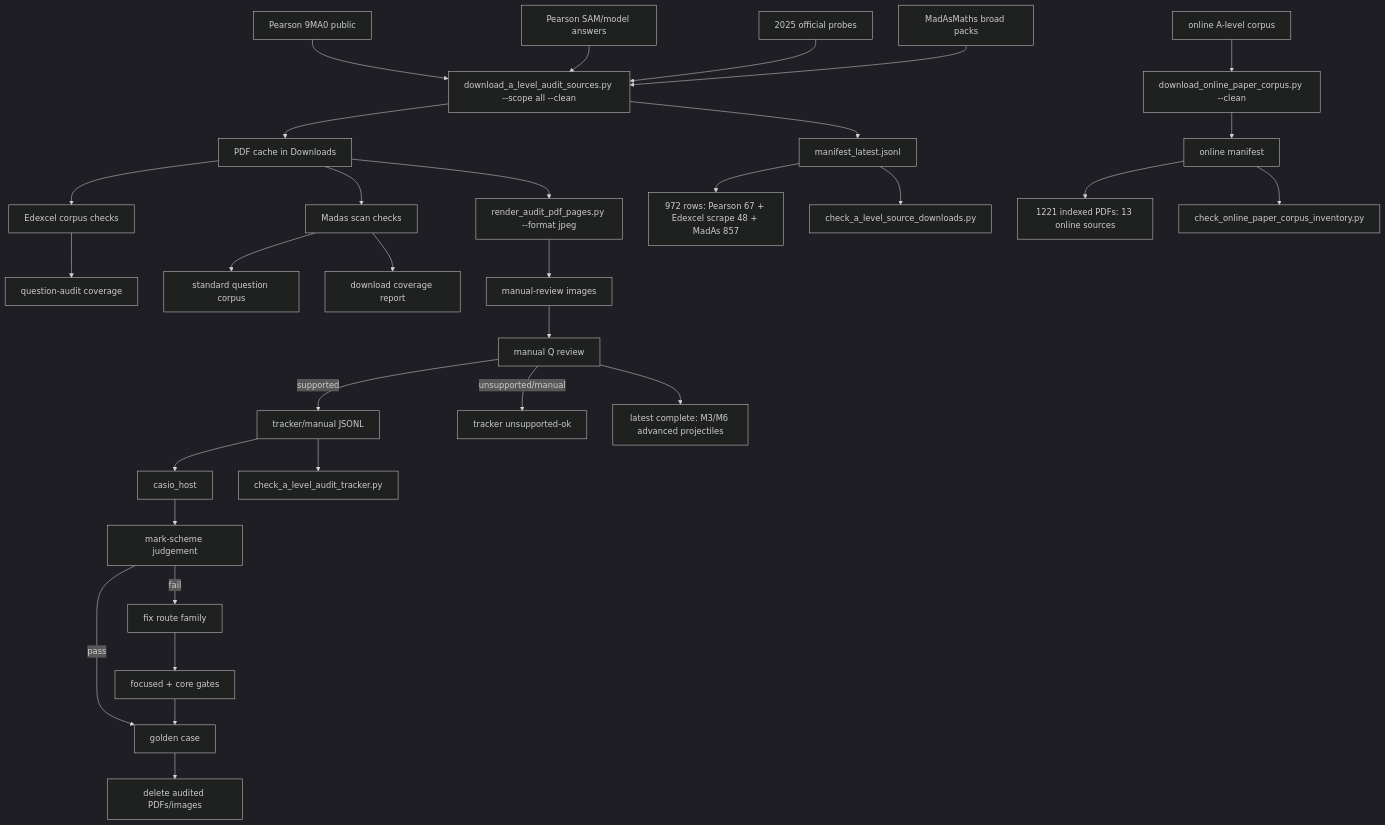
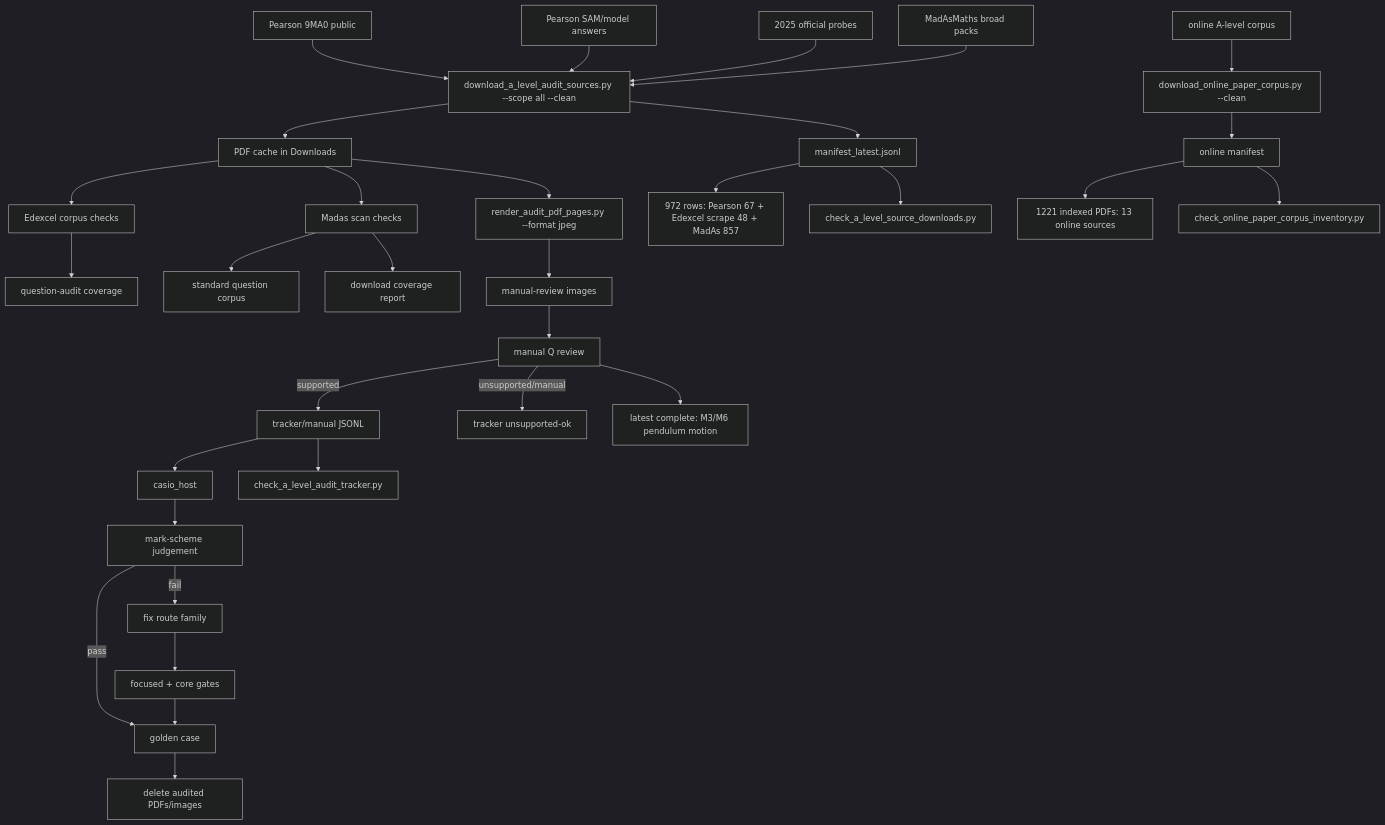
One commit to james8464/notes-addin-casio-fx-cg50 changed the diagram in c++/tools/golden/a_level_audit_graph.md. Above: the diagram before and after it, drawn with Mermaid (dark theme). The commit also changed other lines of this file and 2 other files, not shown here.

Commit message:
Audit M3 M6 pendulum motion booklet

````diff
--- a/c++/tools/golden/a_level_audit_graph.md
+++ b/c++/tools/golden/a_level_audit_graph.md
@@ -3,34 +3,34 @@
 ```mermaid
 graph TD
   E1["Pearson 9MA0 public"] --> D["download_a_level_audit_sources.py --scope all --clean"]
   E2["Pearson SAM/model answers"] --> D
   E3["2025 official probes"] --> D
   M1["MadAsMaths broad packs"] --> D
   O1["online A-level corpus"] --> OD["download_online_paper_corpus.py --clean"]
   D --> P["PDF cache in Downloads"]
   D --> X["manifest_latest.jsonl"]
   OD --> OX["online manifest"]
   X --> XC["972 rows: Pearson 67 + Edexcel scrape 48 + MadAs 857"]
   OX --> OC["1221 indexed PDFs: 13 online sources"]
   X --> V["check_a_level_source_downloads.py"]
   OX --> OV["check_online_paper_corpus_inventory.py"]
   P --> E["Edexcel corpus checks"]
   E --> EQ["question-audit coverage"]
   P --> S["Madas scan checks"]
   S --> M["standard question corpus"]
   S --> MC["download coverage report"]
   P --> R["render_audit_pdf_pages.py --format jpeg"]
   R --> I["manual-review images"]
   I --> Q["manual Q review"]
   Q -->|supported| J["tracker/manual JSONL"]
   Q -->|unsupported/manual| U["tracker unsupported-ok"]
   J --> H["casio_host"]
   J --> K["check_a_level_audit_tracker.py"]
   H --> C["mark-scheme judgement"]
   C -->|pass| G["golden case"]
   C -->|fail| F["fix route family"]
   F --> T["focused + core gates"]
   T --> G
   G --> Z["delete audited PDFs/images"]
-  Q --> Qt["latest complete: M3/M6 advanced projectiles"]
+  Q --> Qt["latest complete: M3/M6 pendulum motion"]
 ```
````
